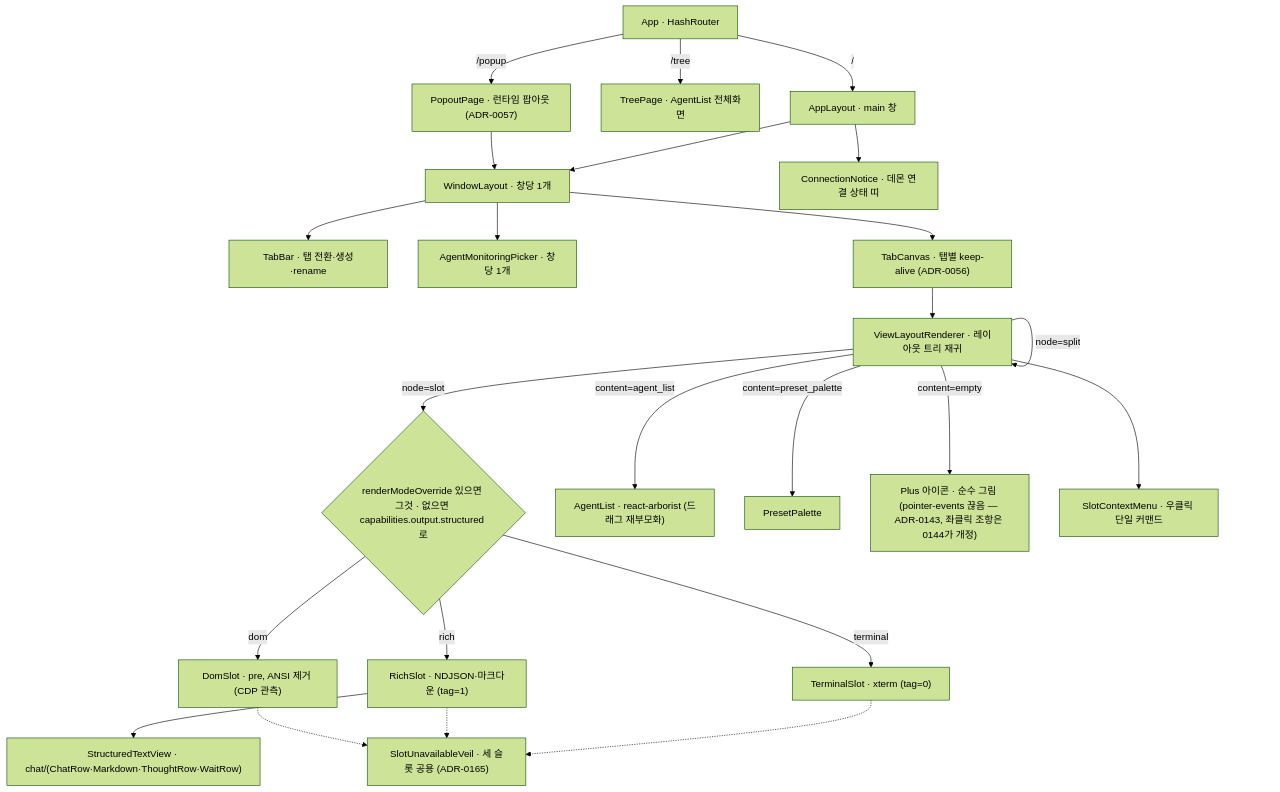
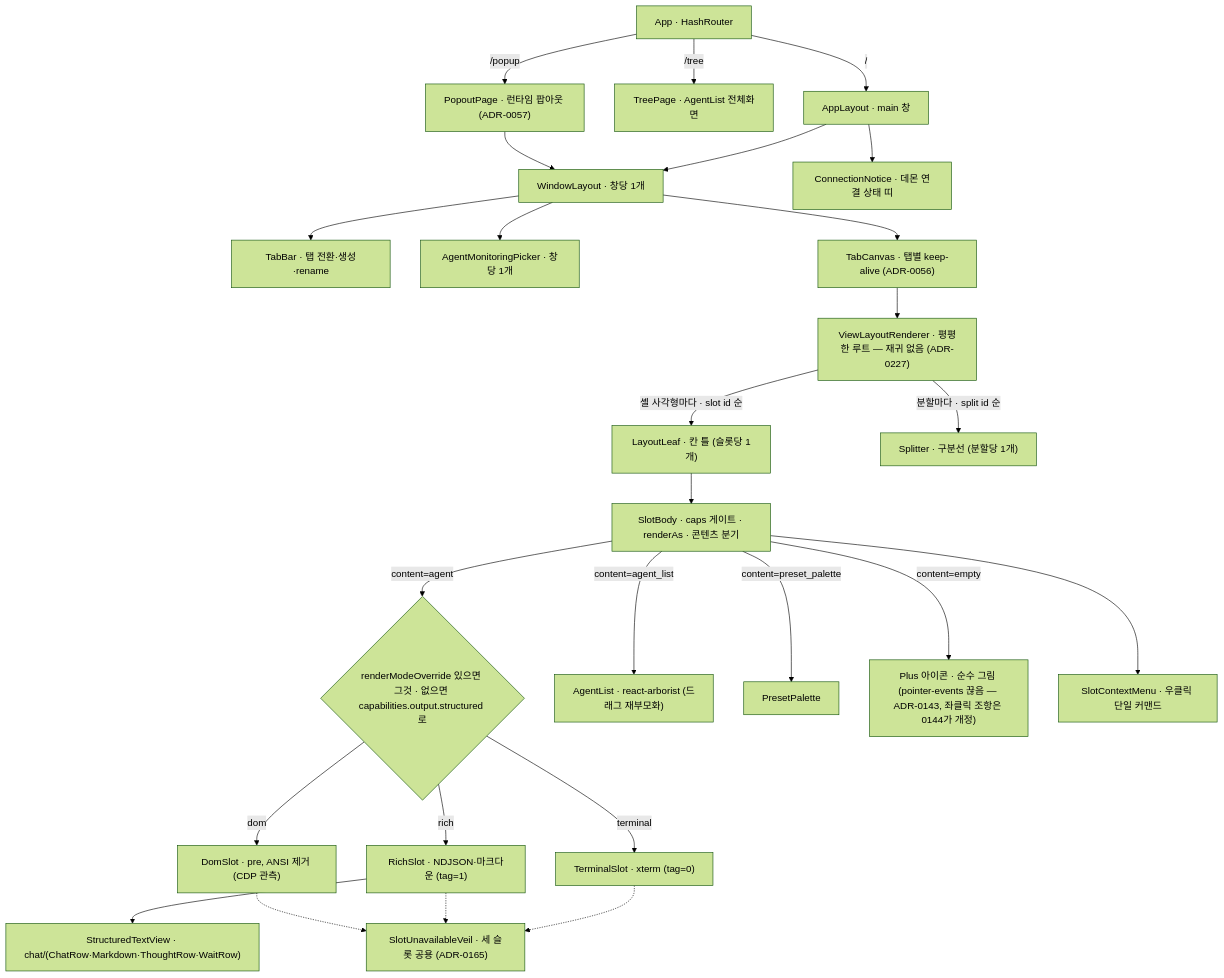
One commit to kimsunzun/engram-dashboard changed diagram 12 of 20 in docs/reference/architecture-overview.md. Above: the diagram before and after it, drawn with Mermaid (forest theme). The commit also changed other lines of this file and 10 other files, not shown here.

First line of the commit message:
S21: docs(layout): 평평한 렌더러 구현에 문서를 맞춘다 — TRD·step-log·CLAUDE.md·참조 문서·줄 포인터

````diff
--- a/docs/reference/architecture-overview.md
+++ b/docs/reference/architecture-overview.md
@@ -524,28 +524,30 @@
 ```mermaid
 flowchart TD
   App["App · HashRouter"]
   App -->|"/"| AL0["AppLayout · main 창"]
   App -->|"/tree"| TP["TreePage · AgentList 전체화면"]
   App -->|"/popup"| PO["PopoutPage · 런타임 팝아웃 (ADR-0057)"]
 
   AL0 --> WLnode["WindowLayout · 창당 1개"]
   PO --> WLnode
   WLnode --> TB["TabBar · 탭 전환·생성·rename"]
   WLnode --> AMP["AgentMonitoringPicker · 창당 1개"]
   WLnode --> TC["TabCanvas · 탭별 keep-alive (ADR-0056)"]
-  TC --> VLR["ViewLayoutRenderer · 레이아웃 트리 재귀"]
-  VLR -->|"node=split"| VLR
-  VLR -->|"node=slot"| CAP{"renderModeOverride 있으면 그것 · 없으면 capabilities.output.structured 로"}
+  TC --> VLR["ViewLayoutRenderer · 평평한 루트 — 재귀 없음 (ADR-0227)"]
+  VLR -->|"셸 사각형마다 · slot id 순"| LL["LayoutLeaf · 칸 틀 (슬롯당 1개)"]
+  VLR -->|"분할마다 · split id 순"| SPL["Splitter · 구분선 (분할당 1개)"]
+  LL --> SB["SlotBody · caps 게이트 · renderAs · 콘텐츠 분기"]
+  SB -->|"content=agent"| CAP{"renderModeOverride 있으면 그것 · 없으면 capabilities.output.structured 로"}
   CAP -->|"terminal"| TS["TerminalSlot · xterm (tag=0)"]
   CAP -->|"rich"| RS["RichSlot · NDJSON·마크다운 (tag=1)"]
   CAP -->|"dom"| DS["DomSlot · pre, ANSI 제거 (CDP 관측)"]
   RS --> STV["StructuredTextView · chat/(ChatRow·Markdown·ThoughtRow·WaitRow)"]
   TS -.-> VEIL2["SlotUnavailableVeil · 세 슬롯 공용 (ADR-0165)"]
   RS -.-> VEIL2
   DS -.-> VEIL2
   AL0 --> CN["ConnectionNotice · 데몬 연결 상태 띠"]
-  VLR -->|"content=agent_list"| ALa["AgentList · react-arborist (드래그 재부모화)"]
-  VLR -->|"content=preset_palette"| PP["PresetPalette"]
-  VLR -->|"content=empty"| EMPTY["Plus 아이콘 · 순수 그림 (pointer-events 끊음 — ADR-0143, 좌클릭 조항은 0144가 개정)"]
-  VLR --> SCM["SlotContextMenu · 우클릭 단일 커맨드"]
+  SB -->|"content=agent_list"| ALa["AgentList · react-arborist (드래그 재부모화)"]
+  SB -->|"content=preset_palette"| PP["PresetPalette"]
+  SB -->|"content=empty"| EMPTY["Plus 아이콘 · 순수 그림 (pointer-events 끊음 — ADR-0143, 좌클릭 조항은 0144가 개정)"]
+  SB --> SCM["SlotContextMenu · 우클릭 단일 커맨드"]
 ```
````
